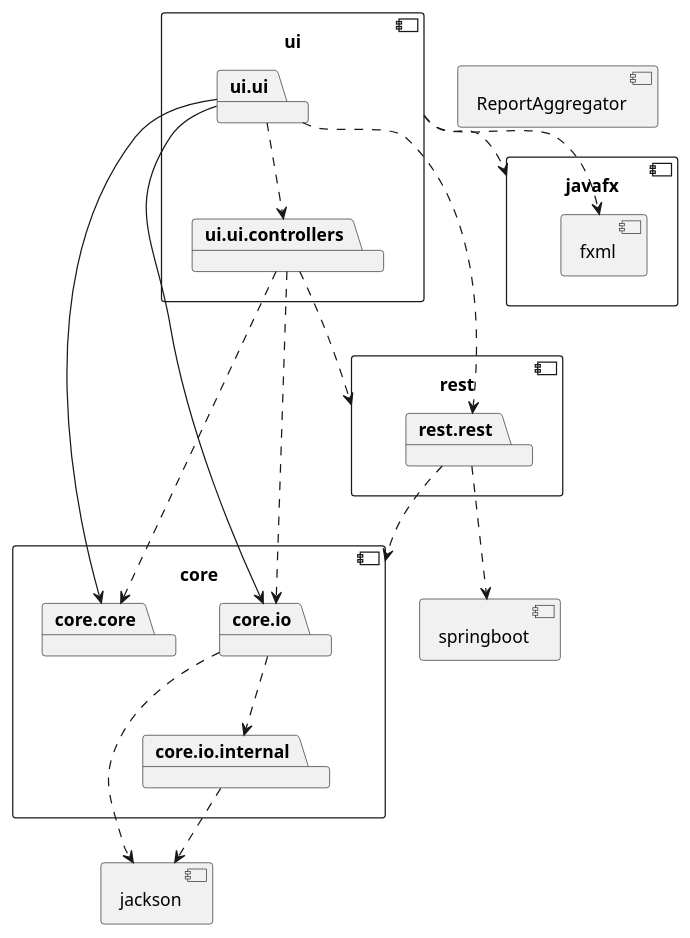
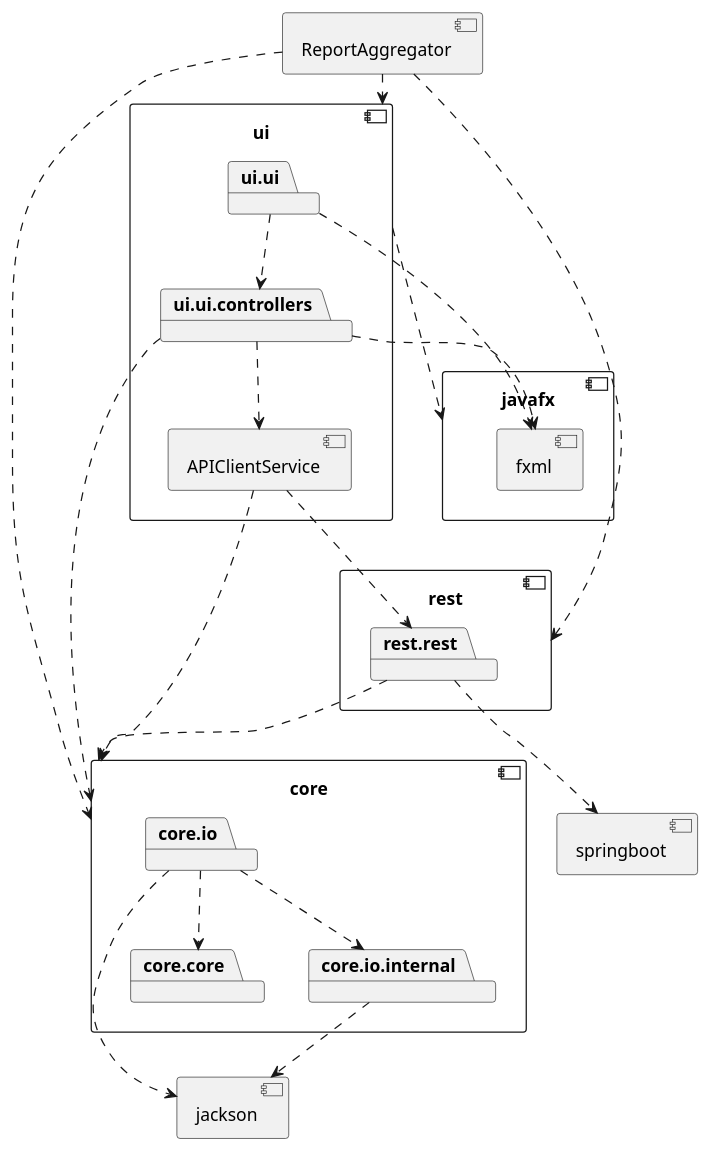
One commit to halvorlinder/IT1909---Quiz-App-Project changed the diagram in Quiz-app/architecture.puml. Above: the diagram before and after it, drawn with PlantUML.

Commit message:
refactor: Refractor packagediagram
Changed a few realtions between components and packages like rest
APICLientService being a component and core iplementing core.io.

```diff
--- a/Quiz-app/architecture.puml
+++ b/Quiz-app/architecture.puml
@@ -2,52 +2,56 @@
 @startuml
 
 component core {
 	package core.core
 	package core.io
 	package core.io.internal
 }
 
 component jackson {
 }
 
 component ReportAggregator{
-
 }
 
 component ui {
 	package ui.ui
 	package ui.ui.controllers
+	component APIClientService{
+	}
 }
 
 component javafx {
     component fxml{
     }
 }
 
 component rest {
     package rest.rest
 }
 
 component springboot{
 }
 
+ReportAggregator ..> rest
+ReportAggregator ..> core
+ReportAggregator ..> ui
+core.io ..> core.core
 core.io ..> core.io.internal
 core.io ..> jackson
 core.io.internal ..> jackson
 
 ui.ui ..> ui.ui.controllers
-ui.ui.controllers ..> core.core
-ui.ui.controllers ..> core.io
+ui.ui.controllers ..> core
 
 ui ..> javafx
-ui ..> fxml
-ui.ui.controllers ..> rest
-ui.ui ..> rest.rest
-ui.ui --> core.io
-ui.ui --> core.core
+ui.ui ..> fxml
+ui.ui.controllers ..> fxml
+APIClientService ..> rest.rest
+APIClientService ..> core
+ui.ui.controllers ..> APIClientService
 
 rest.rest ..> core
 rest.rest ..> springboot
 
 
 @enduml
```
